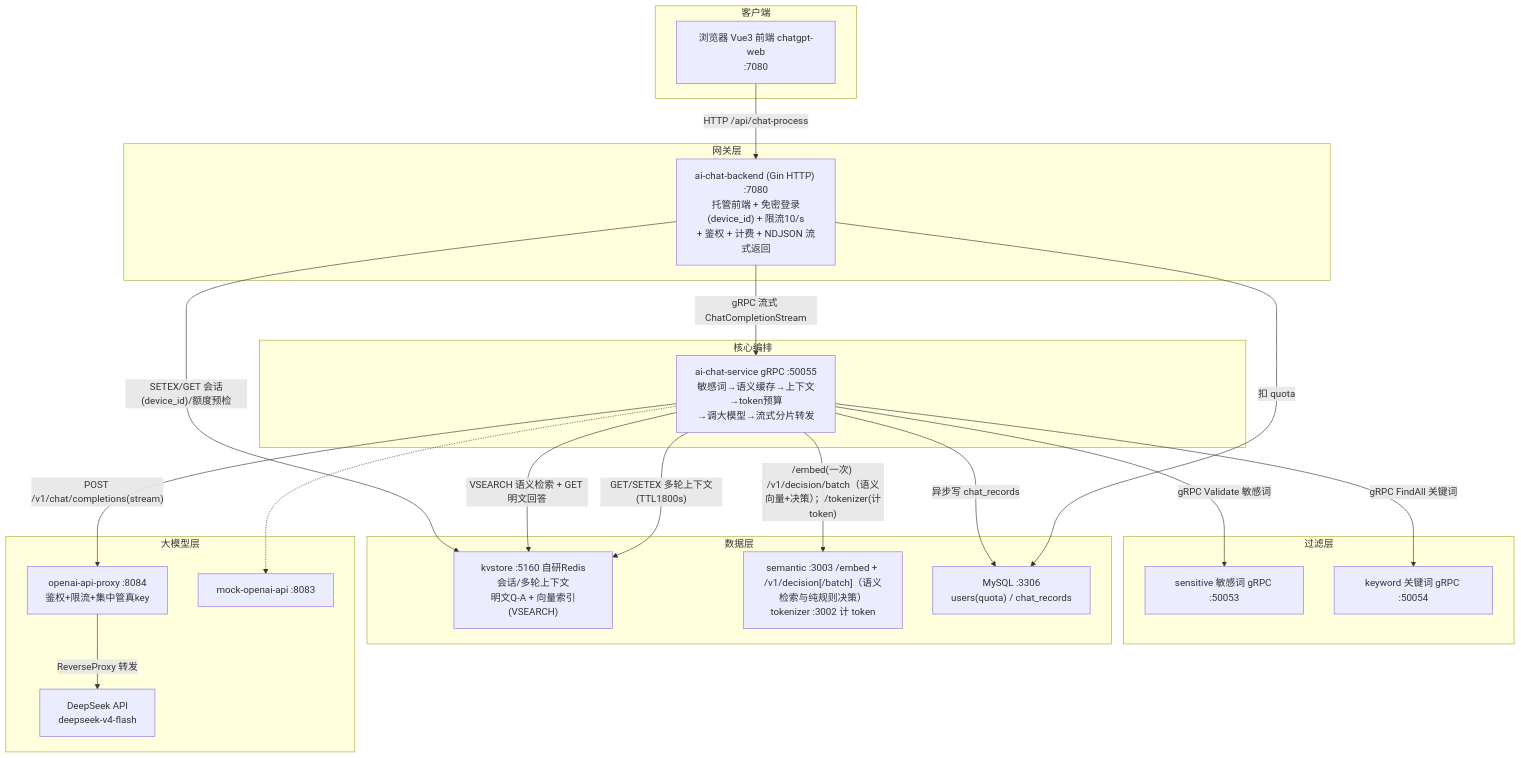
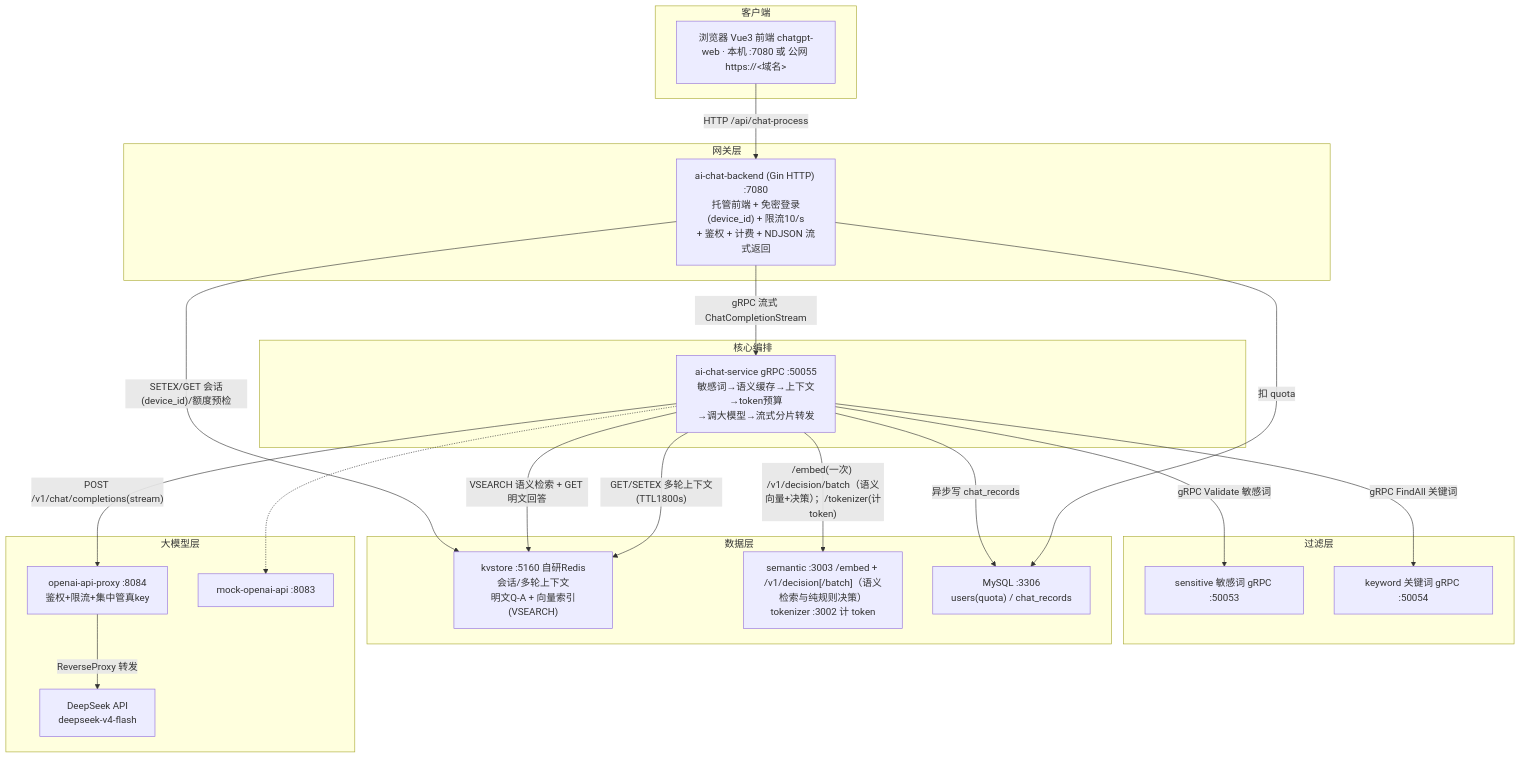
Before and after one commit to robotlover-1/ECHO-CHAT: the first of 4 diagrams in docs/项目文档/04-业务应用.md, drawn with Mermaid. The commit also changed other lines of this file and 1 other file, not shown here.

Commit message:
docs(业务应用): 增补对外公网部署(FRP)与就绪判据, 架构图标注双入口 - 新增 8.4 对外公网部署(FRP): 云入口/本地节点拓扑图+端口表+一键脚本+   semantic/tokenizer/kvstore/MySQL/向量库留本地、云端仅 frps+Nginx+ICP 提醒 - §2.2 架构图客户端标注 本机/公网 两入口; subgraph 中文 id→ASCII(可渲染) - §3.1 注明公网形态仅 FE→BE 多一跳 - §8.1/§9 补 backend /api/readyz 就绪判据; 项目文档 README 加公网文档索引

````diff
--- a/docs/项目文档/04-业务应用.md
+++ b/docs/项目文档/04-业务应用.md
@@ -64,45 +64,45 @@
 ```mermaid
 flowchart TB
-    subgraph 客户端
-        A["浏览器 Vue3 前端 chatgpt-web<br/>:7080"]
+    subgraph client["客户端"]
+        A["浏览器 Vue3 前端 chatgpt-web · 本机 :7080 或 公网 https://<域名>"]
     end
 
-    subgraph 网关层
+    subgraph gateway["网关层"]
         B["ai-chat-backend (Gin HTTP) :7080<br/>托管前端 + 免密登录(device_id) + 限流10/s<br/>+ 鉴权 + 计费 + NDJSON 流式返回"]
     end
 
-    subgraph 核心编排
+    subgraph core["核心编排"]
         C["ai-chat-service gRPC :50055<br/>敏感词→语义缓存→上下文→token预算<br/>→调大模型→流式分片转发"]
     end
 
-    subgraph 过滤层
+    subgraph filter["过滤层"]
         D["sensitive 敏感词 gRPC :50053"]
         E["keyword 关键词 gRPC :50054"]
     end
 
-    subgraph 数据层
+    subgraph data["数据层"]
         KV["kvstore :5160 自研Redis<br/>会话/多轮上下文<br/>明文Q-A + 向量索引(VSEARCH)"]
         T["semantic :3003 /embed + /v1/decision[/batch]（语义检索与纯规则决策）<br/>tokenizer :3002 计 token"]
         M["MySQL :3306<br/>users(quota) / chat_records"]
     end
 
-    subgraph 大模型层
+    subgraph llm["大模型层"]
         P["openai-api-proxy :8084<br/>鉴权+限流+集中管真key"]
         RL["DeepSeek API<br/>deepseek-v4-flash"]
         MK["mock-openai-api :8083"]
     end
 
     A -- "HTTP /api/chat-process" --> B
     B -- "gRPC 流式 ChatCompletionStream" --> C
     B -- "SETEX/GET 会话(device_id)/额度预检" --> KV
     C -- "gRPC Validate 敏感词" --> D
     C -- "gRPC FindAll 关键词" --> E
     C -- "VSEARCH 语义检索 + GET 明文回答" --> KV
     C -- "GET/SETEX 多轮上下文(TTL1800s)" --> KV
     C -- "/embed(一次) /v1/decision/batch（语义向量+决策）；/tokenizer(计token)" --> T
     C -- "POST /v1/chat/completions(stream)" --> P
     C -- "异步写 chat_records" --> M
     B -- "扣 quota" --> M
     P -- "ReverseProxy 转发" --> RL
     C -.-> MK
 ```
````
